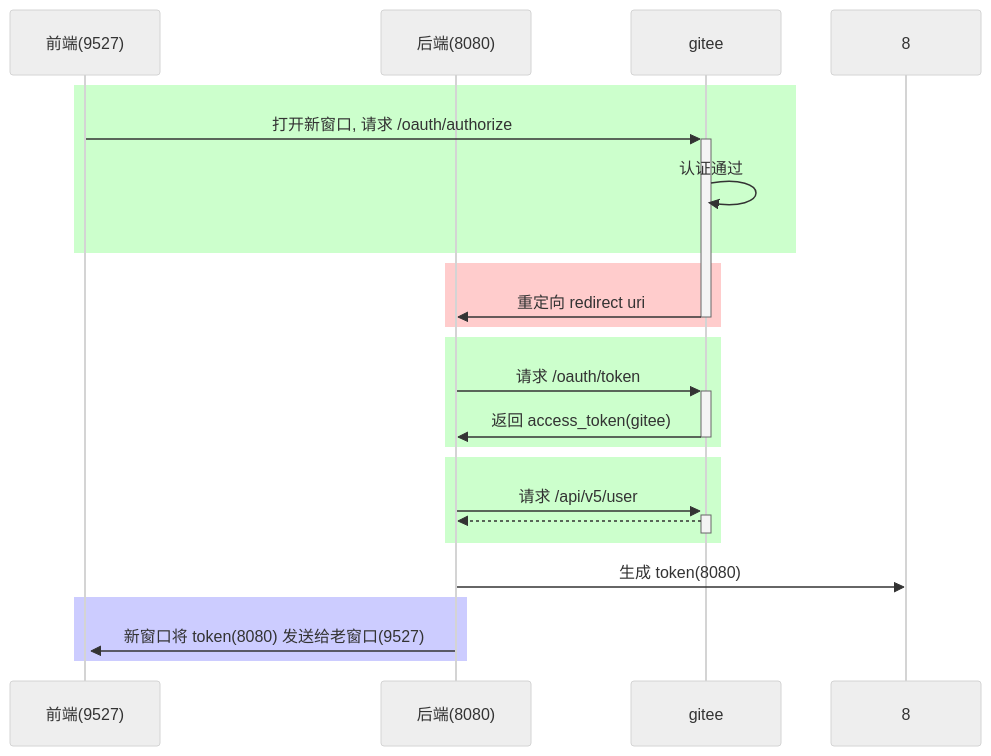
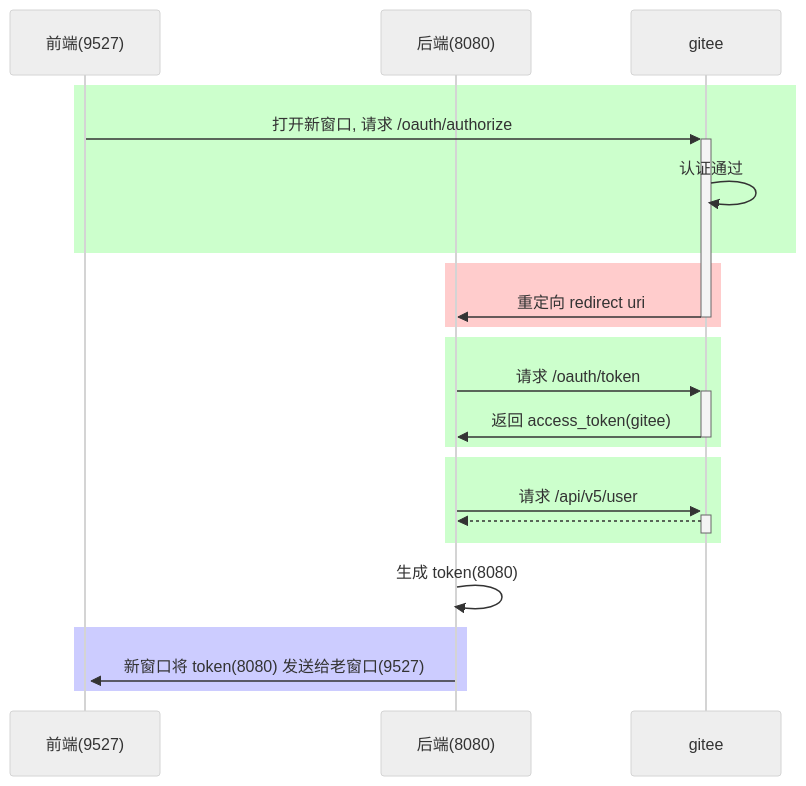
The second of 2 diagrams in 前端基础-vue2.md (bensitu/Notes), drawn with Mermaid (neutral theme) before and after one commit. The commit also changed other lines of this file and 29 other files, not shown here.

````diff
--- a/前端基础-vue2.md
+++ b/前端基础-vue2.md
@@ -2255,26 +2298,26 @@
 ```mermaid
 sequenceDiagram
 participant a7 as 前端(9527)
 participant a8 as 后端(8080)
 participant g as gitee
 
-rect rgba(0,255,0,0.2) 
+rect rgba(0,255,0,0.2)
 a7 ->> +g: 打开新窗口, 请求 /oauth/authorize
 g ->> g: 认证通过
 end
 rect rgba(255,0,0,0.2)
 g ->> -a8: 重定向 redirect uri
 end
 rect rgba(0,255,0,0.2)
 a8 ->> +g: 请求 /oauth/token
 g ->> -a8: 返回 access_token(gitee)
 end
 rect rgba(0,255,0,0.2)
 a8 ->> +g: 请求 /api/v5/user
-g -->> -a8: 
+g -->> -a8:
 end
-a8 ->> 8: 生成 token(8080)
+a8 ->> a8: 生成 token(8080)
 rect rgba(0,0,255,0.2)
 a8 ->> +a7: 新窗口将 token(8080) 发送给老窗口(9527)
 end
 ```
````
